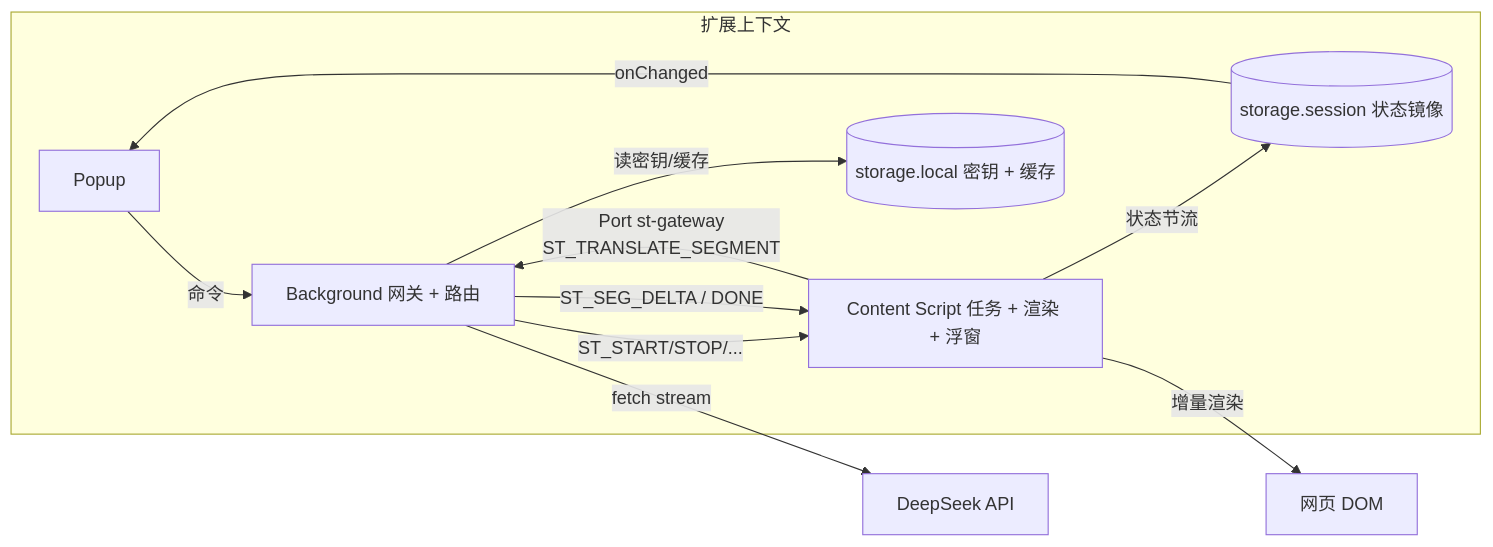
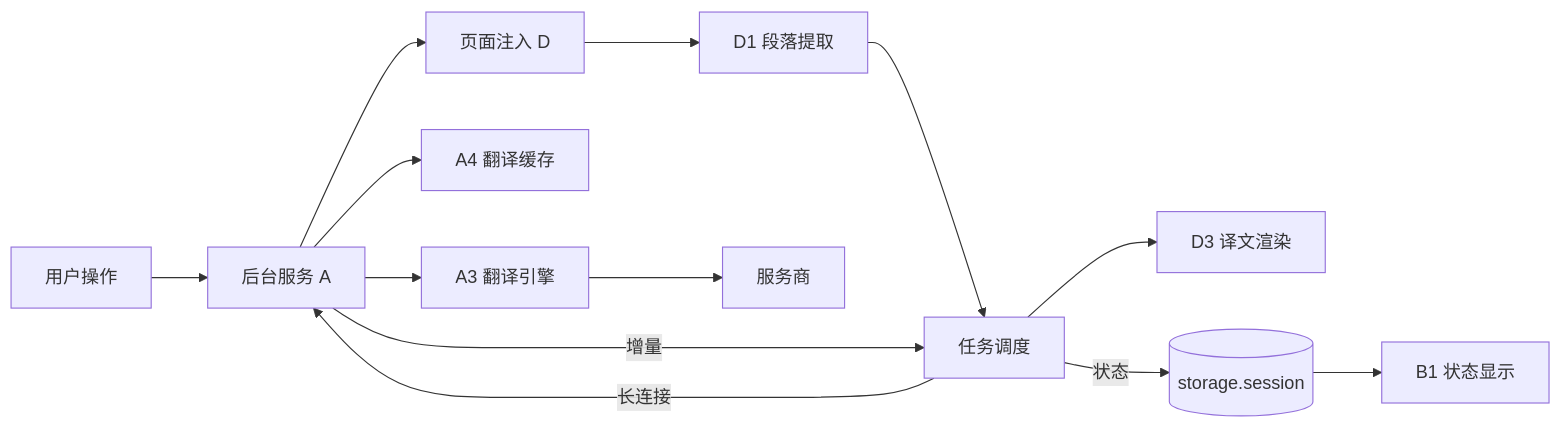
Before and after one commit to xiaochen0517/simpletrans: the second of 4 diagrams in docs/项目架构.md, drawn with Mermaid. The commit also changed other lines of this file and 46 other files, not shown here.

````diff
--- a/docs/项目架构.md
+++ b/docs/项目架构.md
@@ -199,22 +506,15 @@
 ```mermaid
 flowchart LR
-  subgraph EXT[扩展上下文]
-    POP[Popup]
-    BG[Background 网关 + 路由]
-    CS[Content Script 任务 + 渲染 + 浮窗]
-    SS[(storage.session 状态镜像)]
-    SL[(storage.local 密钥 + 缓存)]
-  end
-  PAGE[网页 DOM]
-  API[DeepSeek API]
-
-  POP -- 命令 --> BG
-  BG -- ST_START/STOP/... --> CS
-  CS -- Port st-gateway<br/>ST_TRANSLATE_SEGMENT --> BG
-  BG -- fetch stream --> API
-  BG -- ST_SEG_DELTA / DONE --> CS
-  CS -- 增量渲染 --> PAGE
-  CS -- 状态节流 --> SS
-  SS -- onChanged --> POP
-  BG -- 读密钥/缓存 --> SL
+  U[用户操作] --> BG[后台服务 A]
+  BG --> CS[页面注入 D]
+  CS --> SC[D1 段落提取]
+  SC --> TS[任务调度]
+  TS -- 长连接 --> BG
+  BG --> CA[A4 翻译缓存]
+  BG --> EN[A3 翻译引擎]
+  EN --> PV[服务商]
+  BG -- 增量 --> TS
+  TS --> RD[D3 译文渲染]
+  TS -- 状态 --> SS[(storage.session)]
+  SS --> POP[B1 状态显示]
 ```
````
